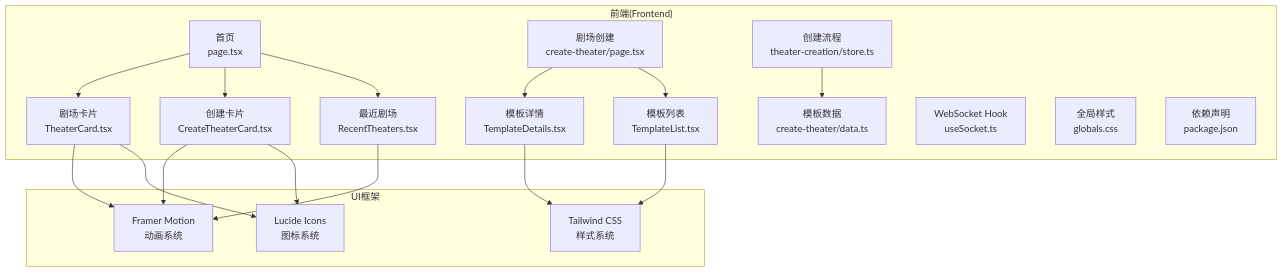
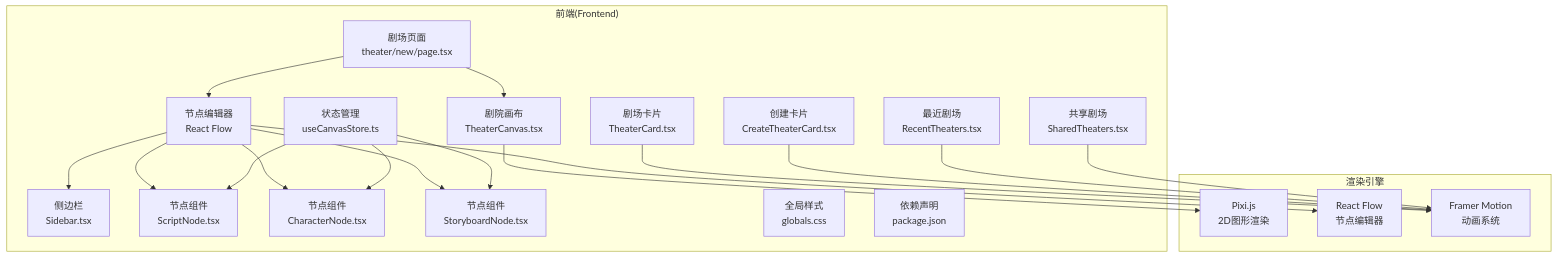
The first of 4 diagrams in .qoder/repowiki/zh/content/前端开发指南/游戏画布渲染系统.md (KunLabAI/KunFlix), drawn with Mermaid before and after one commit. The commit also changed other lines of this file and 88 other files, not shown here.

````diff
--- a/.qoder/repowiki/zh/content/前端开发指南/游戏画布渲染系统.md
+++ b/.qoder/repowiki/zh/content/前端开发指南/游戏画布渲染系统.md
@@ -52,35 +53,39 @@
 ```mermaid
 graph TB
 subgraph "前端(Frontend)"
-A["首页<br/>page.tsx"]
-B["剧场卡片<br/>TheaterCard.tsx"]
-C["创建卡片<br/>CreateTheaterCard.tsx"]
-D["最近剧场<br/>RecentTheaters.tsx"]
-E["剧场创建<br/>create-theater/page.tsx"]
-F["模板详情<br/>TemplateDetails.tsx"]
-G["模板列表<br/>TemplateList.tsx"]
-H["创建流程<br/>theater-creation/store.ts"]
-I["模板数据<br/>create-theater/data.ts"]
-J["WebSocket Hook<br/>useSocket.ts"]
-K["全局样式<br/>globals.css"]
-L["依赖声明<br/>package.json"]
+A["剧场页面<br/>theater/new/page.tsx"]
+B["剧院画布<br/>TheaterCanvas.tsx"]
+C["节点编辑器<br/>React Flow"]
+D["侧边栏<br/>Sidebar.tsx"]
+E["节点组件<br/>ScriptNode.tsx"]
+F["节点组件<br/>CharacterNode.tsx"]
+G["节点组件<br/>StoryboardNode.tsx"]
+H["状态管理<br/>useCanvasStore.ts"]
+I["剧场卡片<br/>TheaterCard.tsx"]
+J["创建卡片<br/>CreateTheaterCard.tsx"]
+K["最近剧场<br/>RecentTheaters.tsx"]
+L["共享剧场<br/>SharedTheaters.tsx"]
+M["全局样式<br/>globals.css"]
+N["依赖声明<br/>package.json"]
 end
-subgraph "UI框架"
-M["Framer Motion<br/>动画系统"]
-N["Tailwind CSS<br/>样式系统"]
-O["Lucide Icons<br/>图标系统"]
+subgraph "渲染引擎"
+O["Pixi.js<br/>2D图形渲染"]
+P["React Flow<br/>节点编辑器"]
+Q["Framer Motion<br/>动画系统"]
 end
 A --> B
 A --> C
-A --> D
-E --> F
-E --> G
-H --> I
-B --> M
-C --> M
-D --> M
-F --> N
-G --> N
-C --> O
+C --> D
+C --> E
+C --> F
+C --> G
+H --> E
+H --> F
+H --> G
+I --> Q
+J --> Q
+K --> Q
+L --> Q
 B --> O
+C --> P
 ```
````
